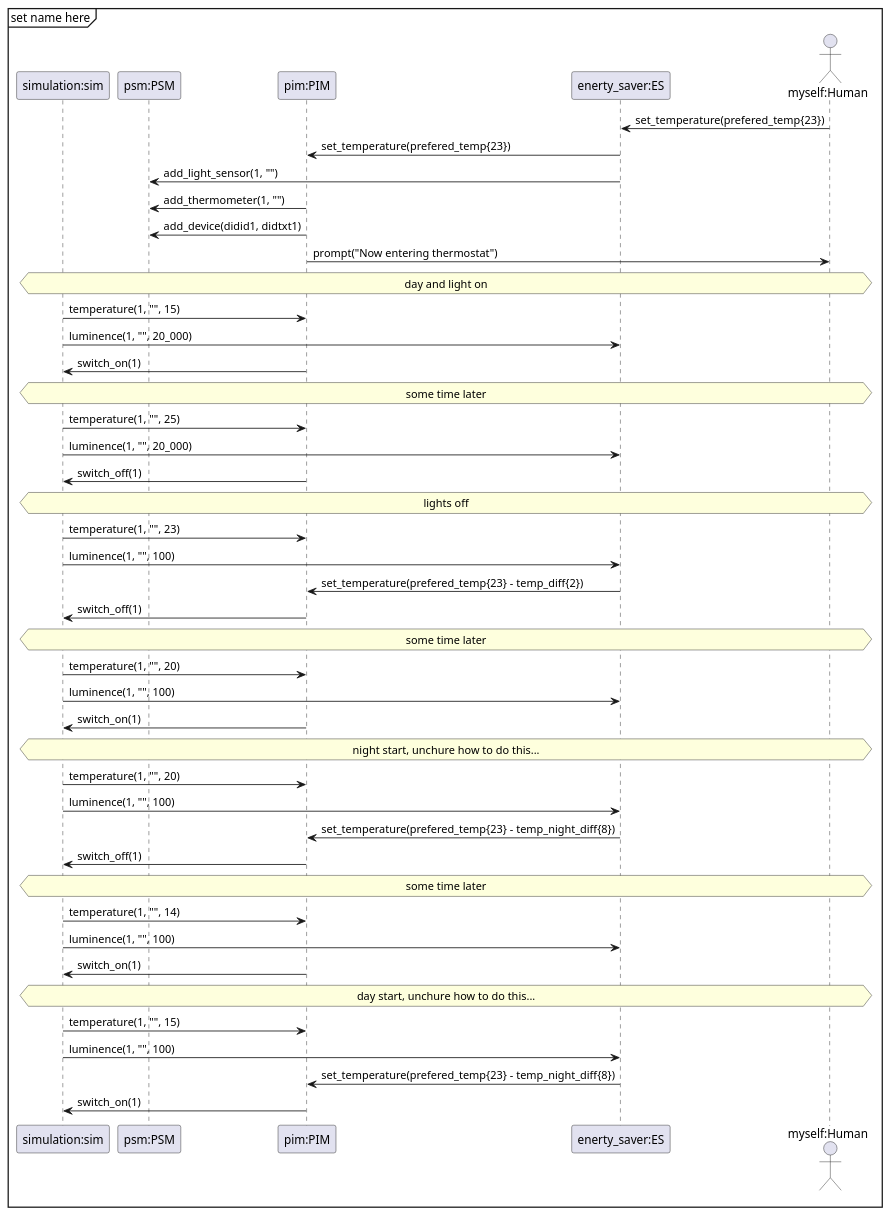
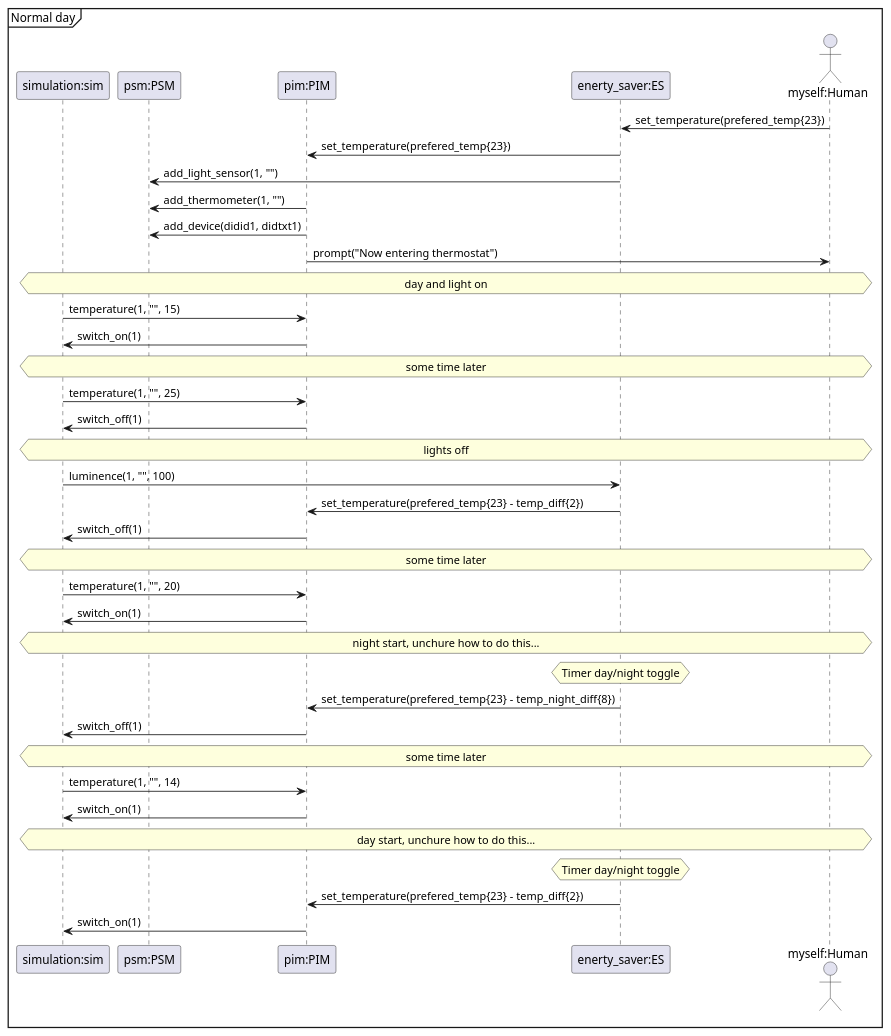
Before and after one commit to Tobhal/HIOF-Models-and-Digital-Twins: the diagram in Oblig1/sequence diagram normal day.plantuml, drawn with PlantUML. The commit also changed 1 other file, not shown here.

```diff
--- a/Oblig1/sequence diagram normal day.plantuml
+++ b/Oblig1/sequence diagram normal day.plantuml
@@ -1,75 +1,62 @@
 @startuml sequense diagram
-mainframe set name here
+mainframe Normal day
 
 participant "simulation:sim" as sim
 participant "psm:PSM" as psm
 participant "pim:PIM" as pim
 participant "enerty_saver:ES" as es
 actor "myself:Human" as human
 
 'Set preferred temp
 es <- human: set_temperature(prefered_temp{23})
 pim <- es: set_temperature(prefered_temp{23})
 
 psm <- es: add_light_sensor(1, "")
 
 psm <- pim: add_thermometer(1, "")
 psm <- pim: add_device(didid1, didtxt1)
 
 pim -> human: prompt("Now entering thermostat")
 
 hnote across: day and light on
 'setup compleat
 
 sim -> pim: temperature(1, "", 15)
-sim -> es: luminence(1, "", 20_000)
 sim <- pim: switch_on(1)
 
 hnote across: some time later
 
 sim -> pim: temperature(1, "", 25)
-sim -> es: luminence(1, "", 20_000)
 sim <- pim: switch_off(1)
 
 hnote across: lights off
 
-sim -> pim: temperature(1, "", 23)
 sim -> es: luminence(1, "", 100)
 
 pim <- es: set_temperature(prefered_temp{23} - temp_diff{2})
 
 sim <- pim: switch_off(1)
 
 hnote across: some time later
 
 sim -> pim: temperature(1, "", 20)
-sim -> es: luminence(1, "", 100)
 sim <- pim: switch_on(1)
 
 hnote across: night start, unchure how to do this...
-
-sim -> pim: temperature(1, "", 20)
-sim -> es: luminence(1, "", 100)
+hnote over es: Timer day/night toggle
 
 pim <- es: set_temperature(prefered_temp{23} - temp_night_diff{8})
 sim <- pim: switch_off(1)
 
 hnote across: some time later
 
 sim -> pim: temperature(1, "", 14)
-sim -> es: luminence(1, "", 100)
-
 sim <- pim: switch_on(1)
 
 hnote across: day start, unchure how to do this...
+hnote over es: Timer day/night toggle
 
-sim -> pim: temperature(1, "", 15)
-sim -> es: luminence(1, "", 100)
-
-pim <- es: set_temperature(prefered_temp{23} - temp_night_diff{8})
+pim <- es: set_temperature(prefered_temp{23} - temp_diff{2})
 sim <- pim: switch_on(1)
 
-
-
-
 @enduml
```
